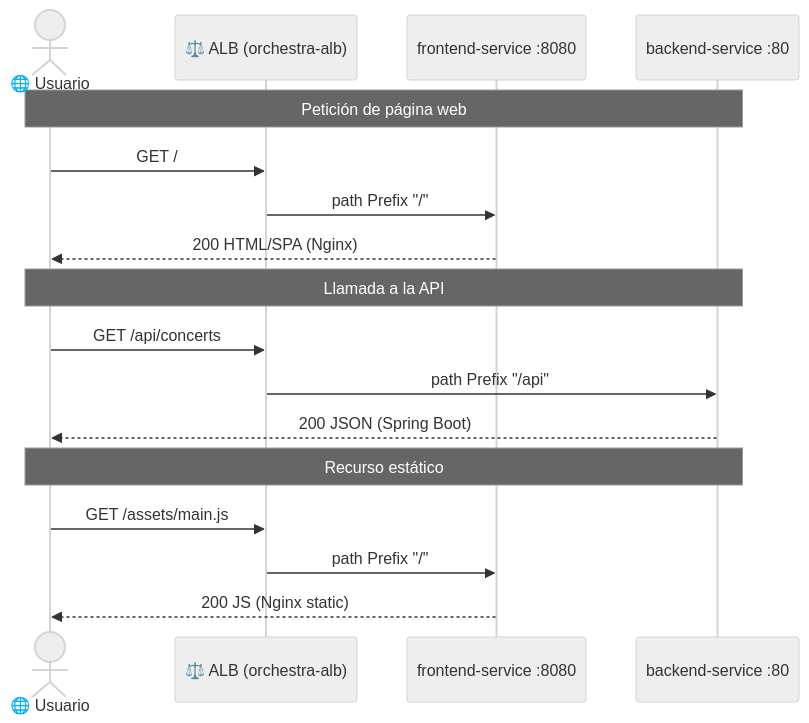
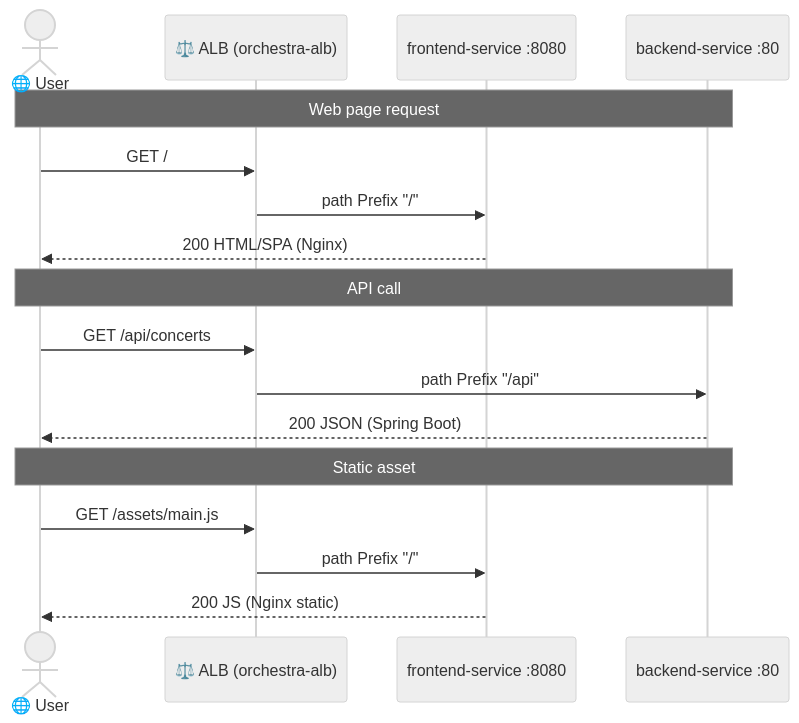
The ninth of 14 diagrams in README.MD (chelu-cloud/orchestra-deployment), drawn with Mermaid (neutral theme) before and after one commit. The commit also changed other lines of this file, not shown here.

````diff
--- a/README.MD
+++ b/README.MD
@@ -459,22 +459,22 @@
 ```mermaid
 sequenceDiagram
-    actor U as 🌐 Usuario
+    actor U as 🌐 User
     participant ALB as ⚖️ ALB (orchestra-alb)
     participant FE as frontend-service :8080
     participant BE as backend-service :80
 
-    Note over U,BE: Petición de página web
+    Note over U,BE: Web page request
     U->>ALB: GET /
     ALB->>FE: path Prefix "/"
     FE-->>U: 200 HTML/SPA (Nginx)
 
-    Note over U,BE: Llamada a la API
+    Note over U,BE: API call
     U->>ALB: GET /api/concerts
     ALB->>BE: path Prefix "/api"
     BE-->>U: 200 JSON (Spring Boot)
 
-    Note over U,BE: Recurso estático
+    Note over U,BE: Static asset
     U->>ALB: GET /assets/main.js
     ALB->>FE: path Prefix "/"
     FE-->>U: 200 JS (Nginx static)
 ```
````
